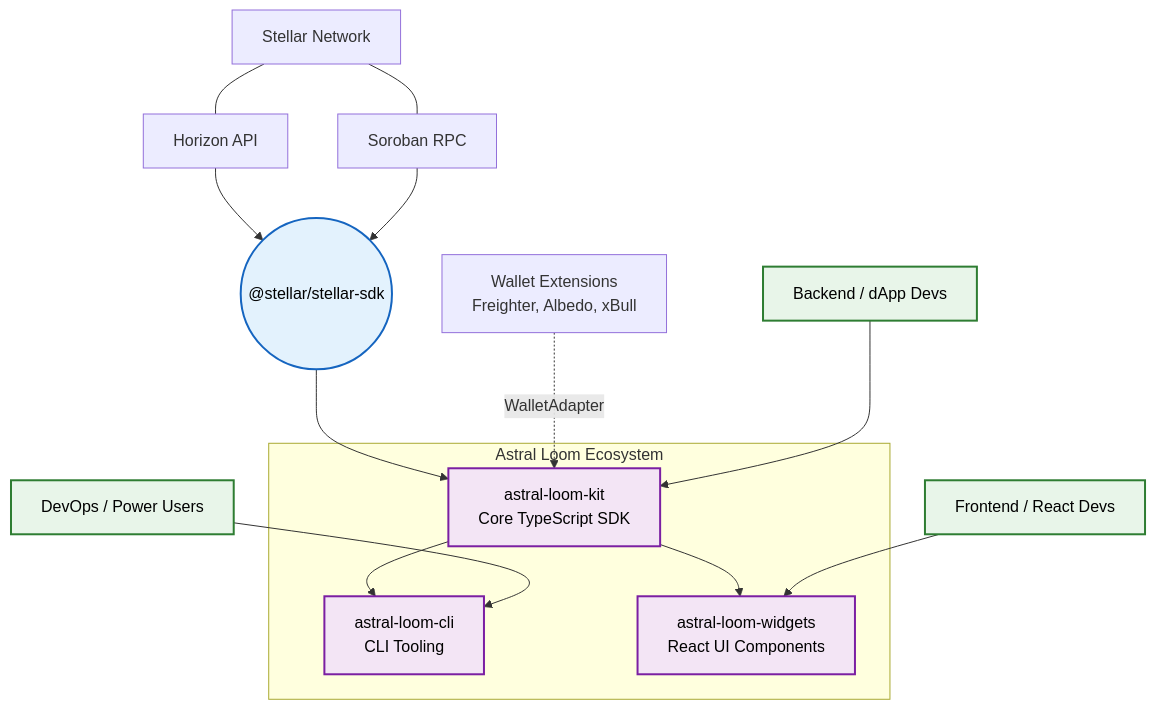
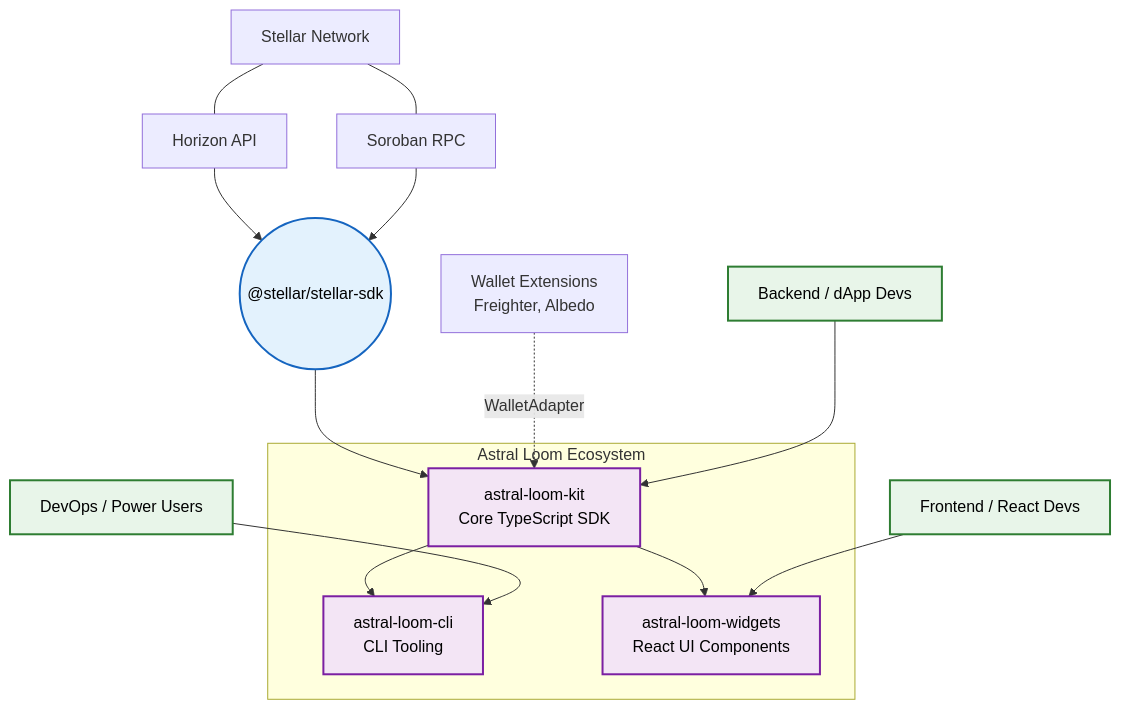
Before and after one commit to astral-loom/astral-loom-kit: the diagram in README.md, drawn with Mermaid. The commit also changed other lines of this file and 5 other files, not shown here.

Commit message:
feat: add Albedo wallet adapter (closes #1)

````diff
--- a/README.md
+++ b/README.md
@@ -31,45 +31,45 @@
 ```mermaid
 flowchart TD
     %% Base Layer
     Stellar[Stellar Network]
     Horizon[Horizon API]
     Soroban[Soroban RPC]
     
     Stellar --- Horizon
     Stellar --- Soroban
     
     %% Official SDK
     SDK(("@stellar/stellar-sdk"))
     Horizon --> SDK
     Soroban --> SDK
 
     %% Astral Loom Layer
     subgraph Astral Loom Ecosystem
         Kit[astral-loom-kit<br/>Core TypeScript SDK]
         CLI[astral-loom-cli<br/>CLI Tooling]
         Widgets[astral-loom-widgets<br/>React UI Components]
     end
 
     SDK --> Kit
     
     %% Dependencies within the ecosystem
     Kit --> CLI
     Kit --> Widgets
 
     %% Wallets
-    Wallets[Wallet Extensions<br/>Freighter, Albedo, xBull]
+    Wallets[Wallet Extensions<br/>Freighter, Albedo]
     Wallets -.->|WalletAdapter| Kit
 
     %% End Users
     Backend[Backend / dApp Devs] --> Kit
     Ops[DevOps / Power Users] --> CLI
     Frontend[Frontend / React Devs] --> Widgets
     
     classDef official fill:#e3f2fd,stroke:#1565c0,stroke-width:2px,color:#000
     classDef loom fill:#f3e5f5,stroke:#7b1fa2,stroke-width:2px,color:#000
     classDef users fill:#e8f5e9,stroke:#2e7d32,stroke-width:2px,color:#000
     
     class SDK official
     class Kit,CLI,Widgets loom
     class Backend,Ops,Frontend users
 ```
````
